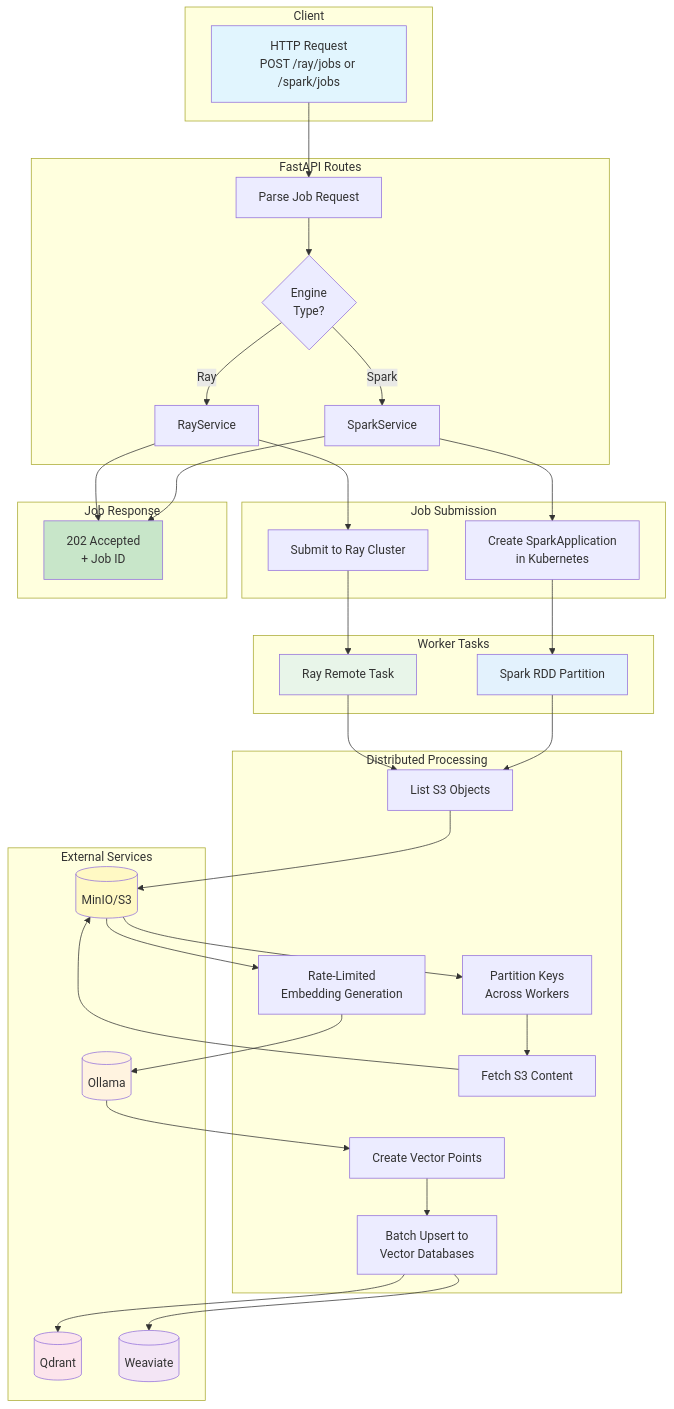
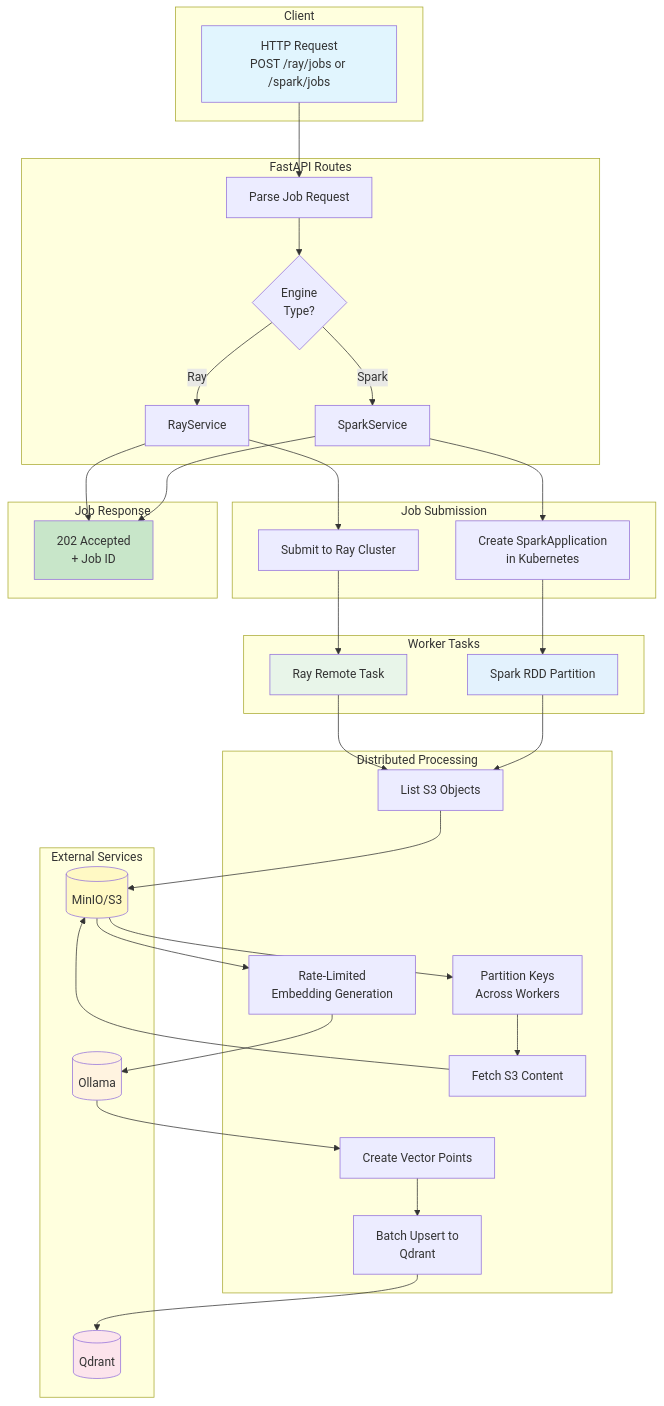
The diagram in charts/ingestion-engine-flowchart.md (gt-sse-center/iNatInq), drawn with Mermaid before and after one commit. The commit also changed other lines of this file and 75 other files, not shown here.

First line of the commit message:
refactor: remove Weaviate vector DB provider support

````diff
--- a/charts/ingestion-engine-flowchart.md
+++ b/charts/ingestion-engine-flowchart.md
@@ -3,76 +3,73 @@
 ```mermaid
 flowchart TB
     subgraph Client
         A[HTTP Request<br/>POST /ray/jobs or /spark/jobs]
     end
 
     subgraph API["FastAPI Routes"]
         B[Parse Job Request]
         C{Engine<br/>Type?}
         D[RayService]
         E[SparkService]
     end
 
     subgraph JobSubmission["Job Submission"]
         F[Submit to Ray Cluster]
         G[Create SparkApplication<br/>in Kubernetes]
     end
 
     subgraph Processing["Distributed Processing"]
         H[List S3 Objects]
         I[Partition Keys<br/>Across Workers]
         J[Fetch S3 Content]
         K[Rate-Limited<br/>Embedding Generation]
         L[Create Vector Points]
-        M[Batch Upsert to<br/>Vector Databases]
+        M[Batch Upsert to<br/>Qdrant]
     end
 
     subgraph Workers["Worker Tasks"]
         N[Ray Remote Task]
         O[Spark RDD Partition]
     end
 
     subgraph External["External Services"]
         P[(MinIO/S3)]
         Q[(Ollama)]
         R[(Qdrant)]
-        S[(Weaviate)]
     end
 
     A --> B
     B --> C
     C -->|Ray| D
     C -->|Spark| E
     D --> F
     E --> G
     F --> N
     G --> O
     N --> H
     O --> H
     H --> P
     P --> I
     I --> J
     J --> P
     P --> K
     K --> Q
     Q --> L
     L --> M
     M --> R
-    M --> S
 
     subgraph Response["Job Response"]
         T[202 Accepted<br/>+ Job ID]
     end
 
     D --> T
     E --> T
 
     style A fill:#e1f5fe
     style T fill:#c8e6c9
     style P fill:#fff9c4
     style Q fill:#fff3e0
     style R fill:#fce4ec
-    style S fill:#f3e5f5
     style N fill:#e8f5e9
     style O fill:#e3f2fd
 ```
````
